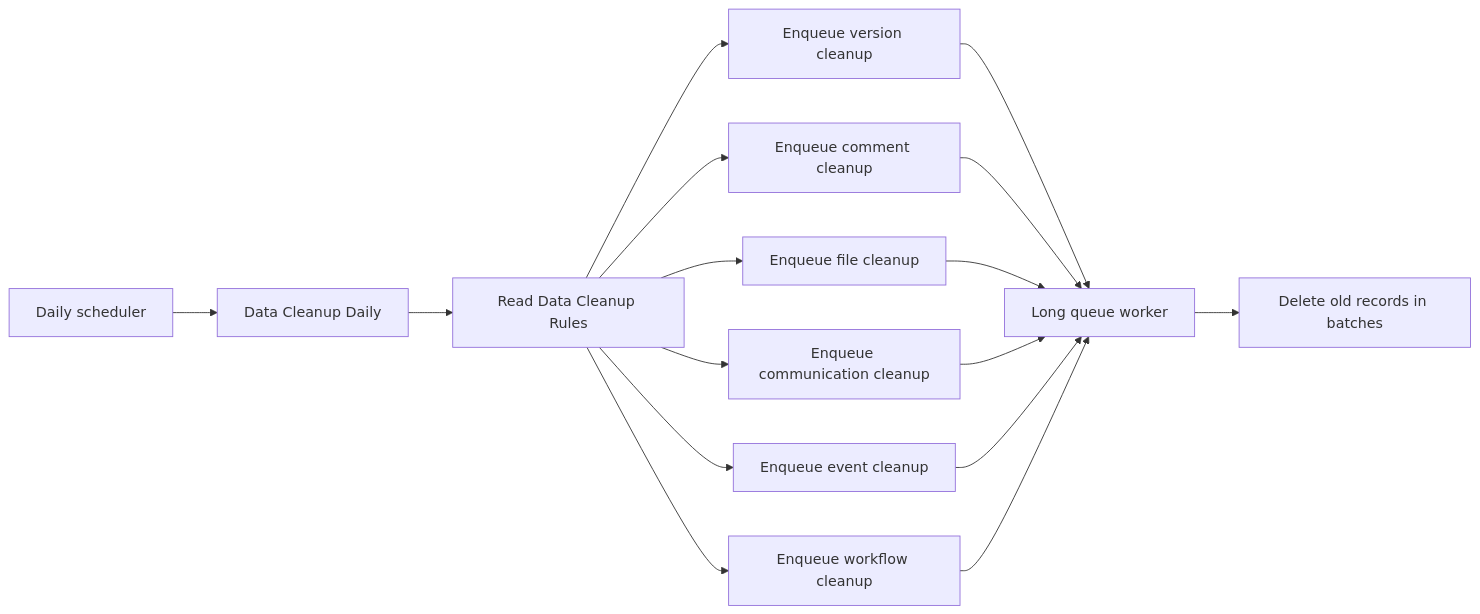
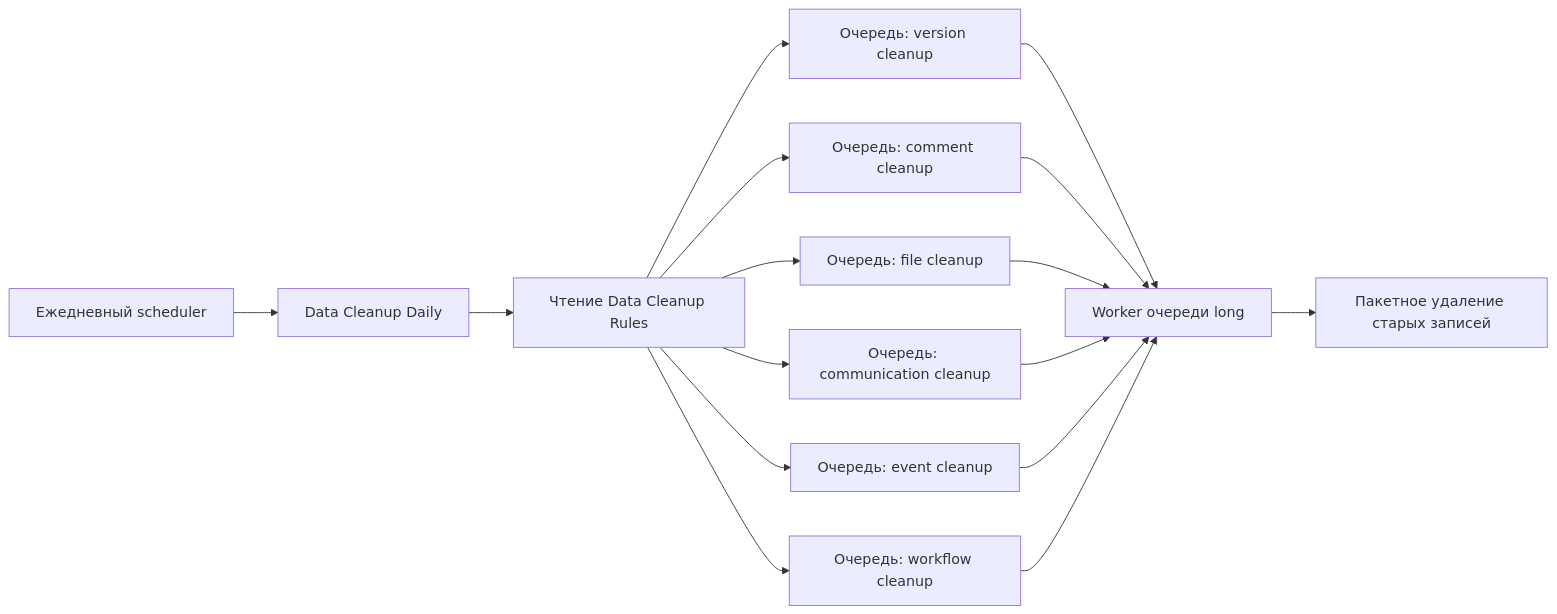
One commit to Dinext-pro/dinext-common changed the third of 3 diagrams in README.md. Above: the diagram before and after it, drawn with Mermaid. The commit also changed other lines of this file, not shown here.

````diff
--- a/README.md
+++ b/README.md
@@ -301,18 +378,18 @@
 ```mermaid
 flowchart LR
-  scheduler["Daily scheduler"] --> dailyScript["Data Cleanup Daily"]
-  dailyScript --> rulesDoc["Read Data Cleanup Rules"]
-  rulesDoc --> versionJob["Enqueue version cleanup"]
-  rulesDoc --> commentJob["Enqueue comment cleanup"]
-  rulesDoc --> fileJob["Enqueue file cleanup"]
-  rulesDoc --> communicationJob["Enqueue communication cleanup"]
-  rulesDoc --> eventJob["Enqueue event cleanup"]
-  rulesDoc --> workflowJob["Enqueue workflow cleanup"]
-  versionJob --> longQueue["Long queue worker"]
+  scheduler["Ежедневный scheduler"] --> dailyScript["Data Cleanup Daily"]
+  dailyScript --> rulesDoc["Чтение Data Cleanup Rules"]
+  rulesDoc --> versionJob["Очередь: version cleanup"]
+  rulesDoc --> commentJob["Очередь: comment cleanup"]
+  rulesDoc --> fileJob["Очередь: file cleanup"]
+  rulesDoc --> communicationJob["Очередь: communication cleanup"]
+  rulesDoc --> eventJob["Очередь: event cleanup"]
+  rulesDoc --> workflowJob["Очередь: workflow cleanup"]
+  versionJob --> longQueue["Worker очереди long"]
   commentJob --> longQueue
   fileJob --> longQueue
   communicationJob --> longQueue
   eventJob --> longQueue
   workflowJob --> longQueue
-  longQueue --> dataStore["Delete old records in batches"]
+  longQueue --> dataStore["Пакетное удаление старых записей"]
 ```
````
